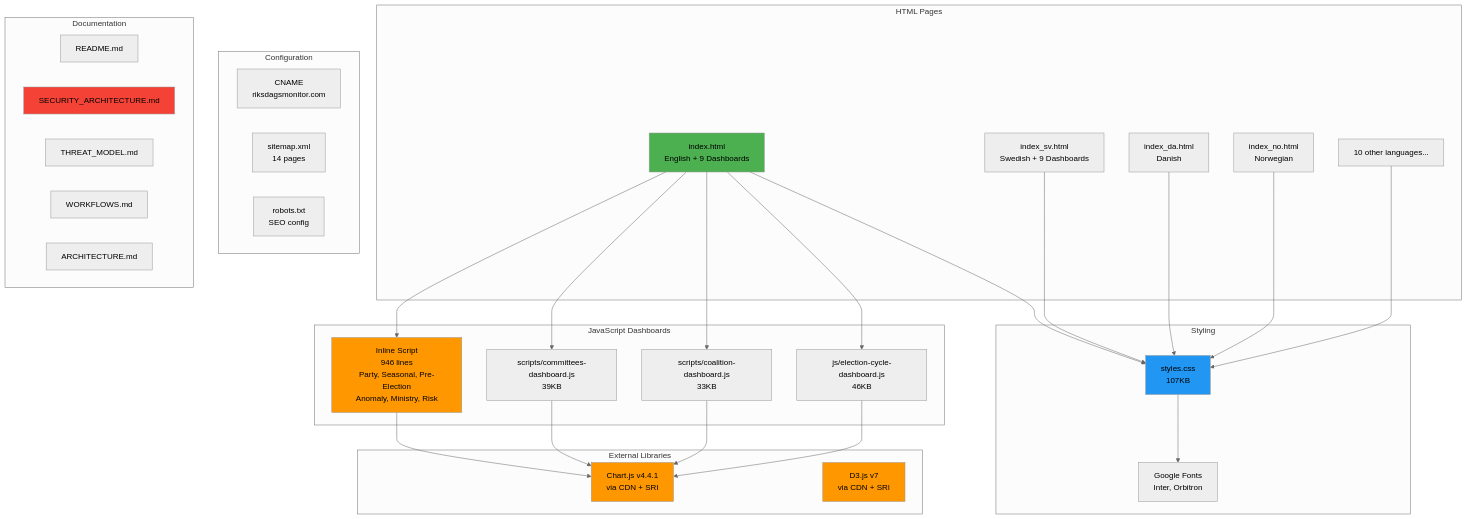
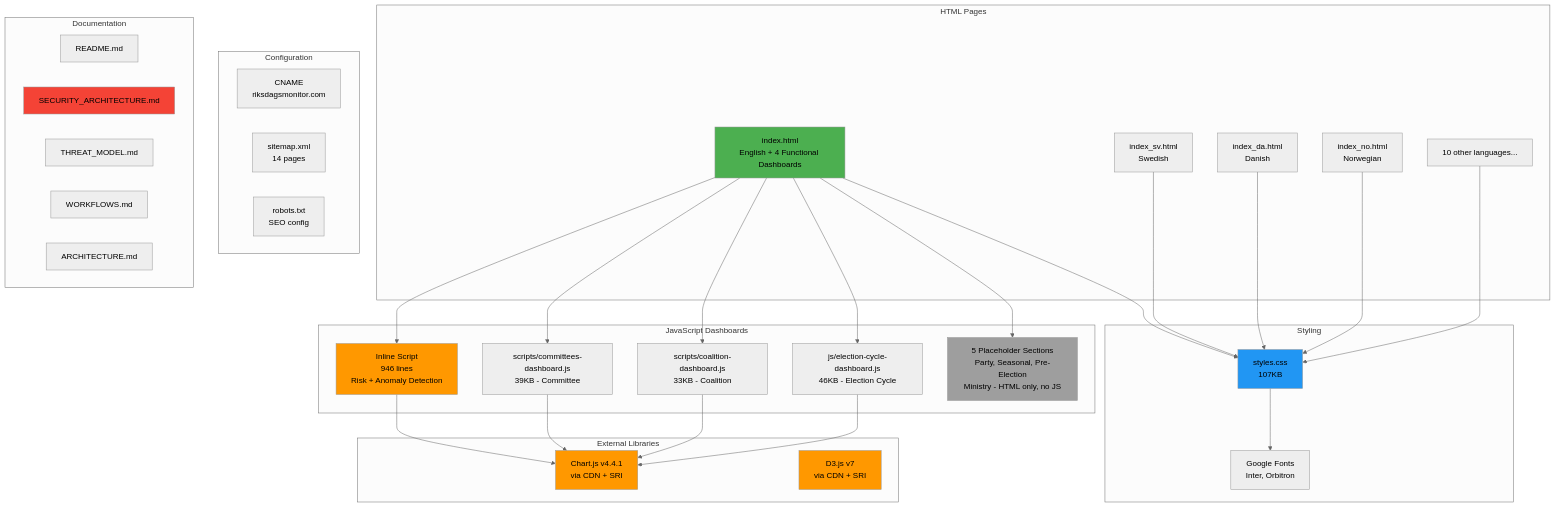
One commit to Hack23/riksdagsmonitor changed the fourth of 11 diagrams in ARCHITECTURE.md. Above: the diagram before and after it, drawn with Mermaid (neutral theme). The commit also changed 3 other files, not shown here.

````diff
--- a/ARCHITECTURE.md
+++ b/ARCHITECTURE.md
@@ -176,66 +176,69 @@
 ```mermaid
 graph TD
     subgraph "HTML Pages"
-        Index[index.html<br/>English + 9 Dashboards]
-        LangSV[index_sv.html<br/>Swedish + 9 Dashboards]
+        Index[index.html<br/>English + 4 Functional Dashboards]
+        LangSV[index_sv.html<br/>Swedish]
         LangDA[index_da.html<br/>Danish]
         LangNO[index_no.html<br/>Norwegian]
         LangOther[10 other languages...]
     end
     
     subgraph "JavaScript Dashboards"
-        InlineScript[Inline Script<br/>946 lines<br/>Party, Seasonal, Pre-Election<br/>Anomaly, Ministry, Risk]
-        ExtJS1[scripts/committees-dashboard.js<br/>39KB]
-        ExtJS2[scripts/coalition-dashboard.js<br/>33KB]
-        ExtJS3[js/election-cycle-dashboard.js<br/>46KB]
+        InlineScript[Inline Script<br/>946 lines<br/>Risk + Anomaly Detection]
+        ExtJS1[scripts/committees-dashboard.js<br/>39KB - Committee]
+        ExtJS2[scripts/coalition-dashboard.js<br/>33KB - Coalition]
+        ExtJS3[js/election-cycle-dashboard.js<br/>46KB - Election Cycle]
+        Placeholders[5 Placeholder Sections<br/>Party, Seasonal, Pre-Election<br/>Ministry - HTML only, no JS]
     end
     
     subgraph "Styling"
         CSS[styles.css<br/>107KB]
         Fonts[Google Fonts<br/>Inter, Orbitron]
     end
     
     subgraph "External Libraries"
         Chart[Chart.js v4.4.1<br/>via CDN + SRI]
         D3[D3.js v7<br/>via CDN + SRI]
     end
     
     subgraph "Configuration"
         CNAME[CNAME<br/>riksdagsmonitor.com]
         Sitemap[sitemap.xml<br/>14 pages]
         Robots[robots.txt<br/>SEO config]
     end
     
     subgraph "Documentation"
         Readme[README.md]
         Security[SECURITY_ARCHITECTURE.md]
         Threat[THREAT_MODEL.md]
         Workflows[WORKFLOWS.md]
         Arch[ARCHITECTURE.md]
     end
     
     Index --> InlineScript
     Index --> ExtJS1
     Index --> ExtJS2
     Index --> ExtJS3
+    Index --> Placeholders
     Index --> CSS
     
     LangSV --> CSS
     LangDA --> CSS
     LangNO --> CSS
     LangOther --> CSS
     
     InlineScript --> Chart
     ExtJS1 --> Chart
     ExtJS2 --> Chart
     ExtJS3 --> Chart
     
     CSS --> Fonts
     
     style Index fill:#4caf50
     style InlineScript fill:#ff9800
+    style Placeholders fill:#9e9e9e
     style CSS fill:#2196f3
     style Chart fill:#ff9800
     style D3 fill:#ff9800
     style Security fill:#f44336
 ```
````
